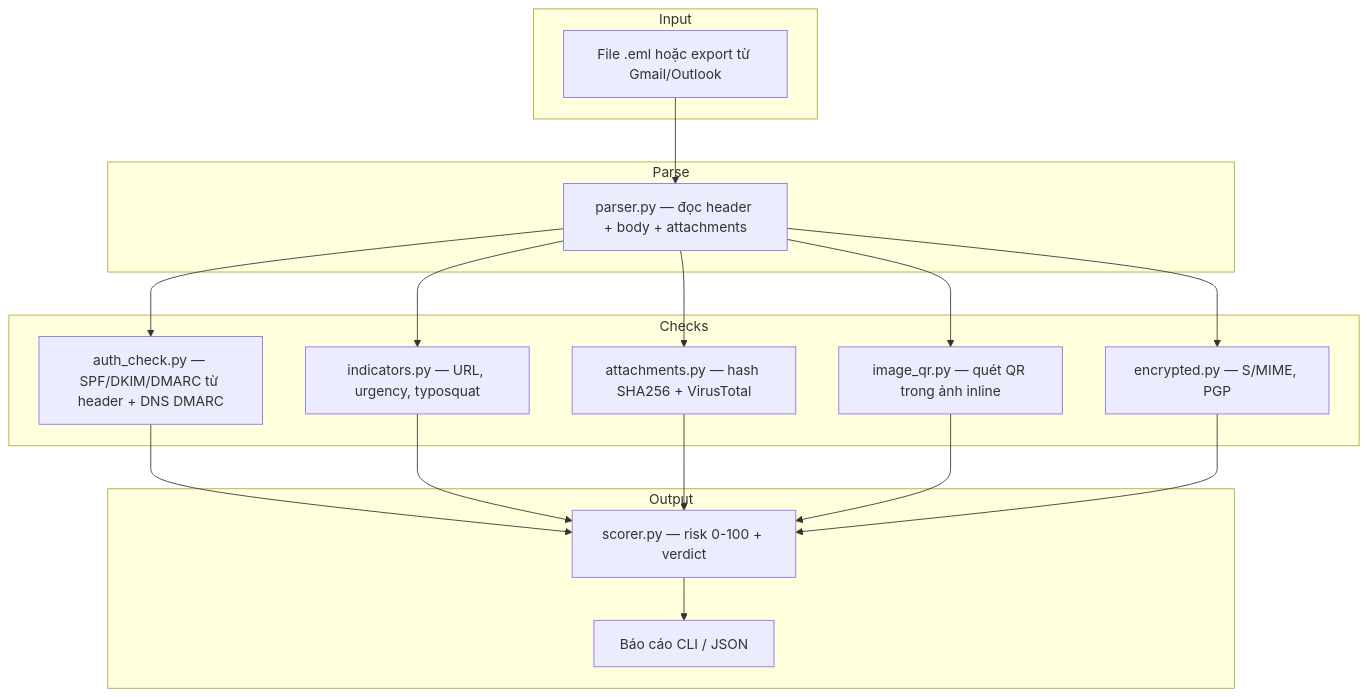
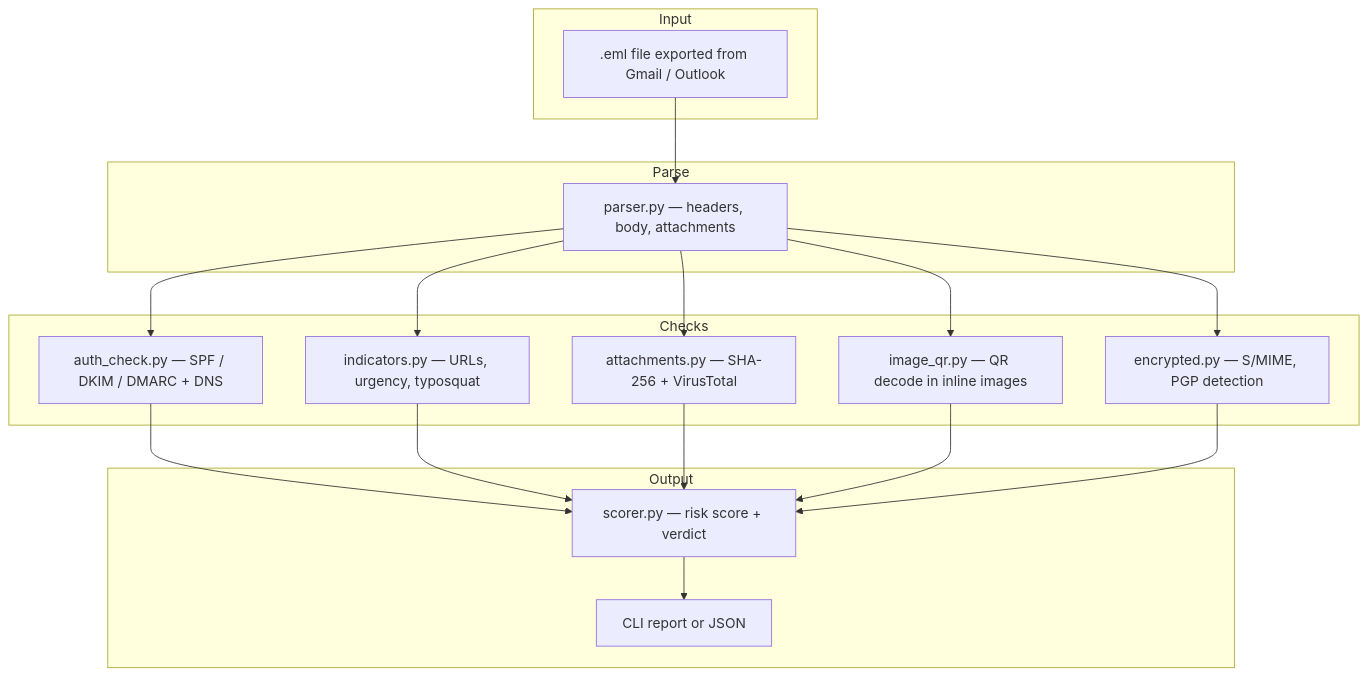
Before and after one commit to minhcvu64/email-phishing-triage: the first of 2 diagrams in README.md, drawn with Mermaid. The commit also changed other lines of this file and 1 other file, not shown here.

````diff
--- a/README.md
+++ b/README.md
@@ -9,36 +22,27 @@
 ```mermaid
 flowchart TB
     subgraph Input
-        EML[File .eml hoặc export từ Gmail/Outlook]
+        EML[.eml file exported from Gmail / Outlook]
     end
 
     subgraph Parse
-        P[parser.py — đọc header + body + attachments]
+        P[parser.py — headers, body, attachments]
     end
 
     subgraph Checks
-        A[auth_check.py — SPF/DKIM/DMARC từ header + DNS DMARC]
-        U[indicators.py — URL, urgency, typosquat]
-        AT[attachments.py — hash SHA256 + VirusTotal]
-        QR[image_qr.py — quét QR trong ảnh inline]
-        ENC[encrypted.py — S/MIME, PGP]
+        A[auth_check.py — SPF / DKIM / DMARC + DNS]
+        U[indicators.py — URLs, urgency, typosquat]
+        AT[attachments.py — SHA-256 + VirusTotal]
+        QR[image_qr.py — QR decode in inline images]
+        ENC[encrypted.py — S/MIME, PGP detection]
     end
 
     subgraph Output
-        S[scorer.py — risk 0-100 + verdict]
-        R[Báo cáo CLI / JSON]
+        S[scorer.py — risk score + verdict]
+        R[CLI report or JSON]
     end
 
     EML --> P
-    P --> A
-    P --> U
-    P --> AT
-    P --> QR
-    P --> ENC
-    A --> S
-    U --> S
-    AT --> S
-    QR --> S
-    ENC --> S
-    S --> R
+    P --> A & U & AT & QR & ENC
+    A & U & AT & QR & ENC --> S --> R
 ```
````
